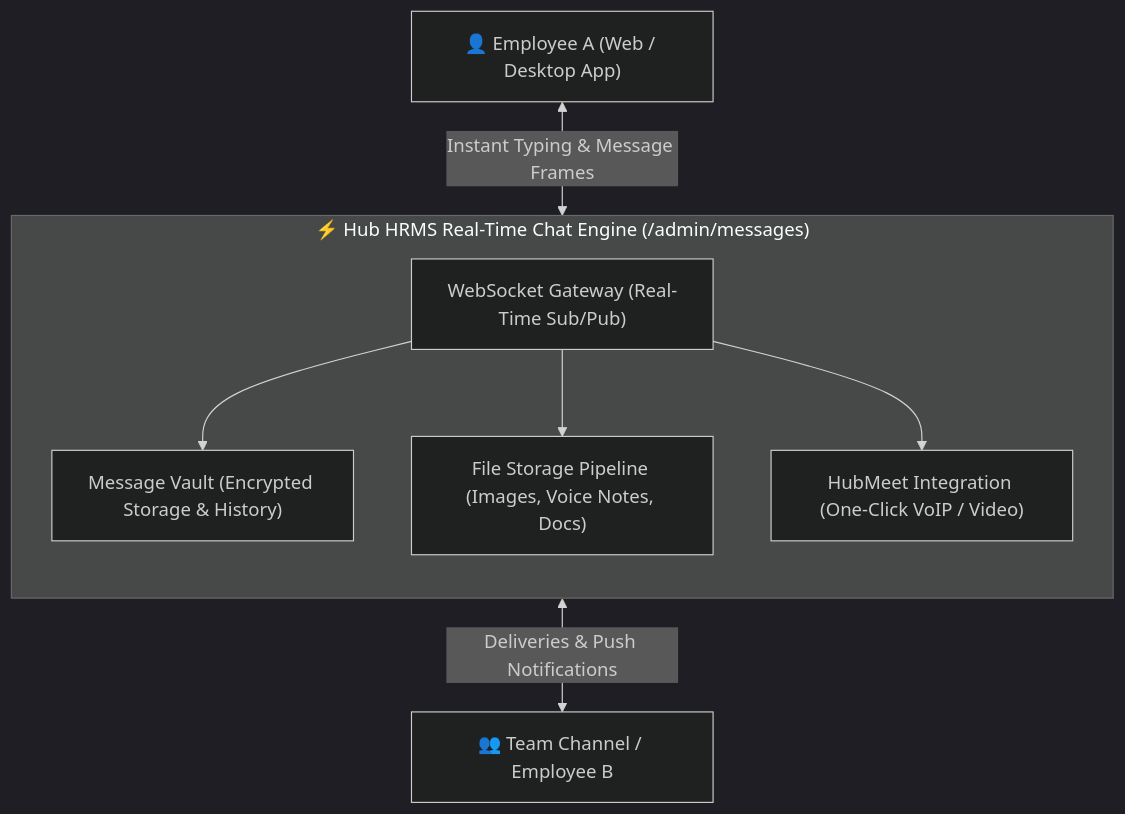
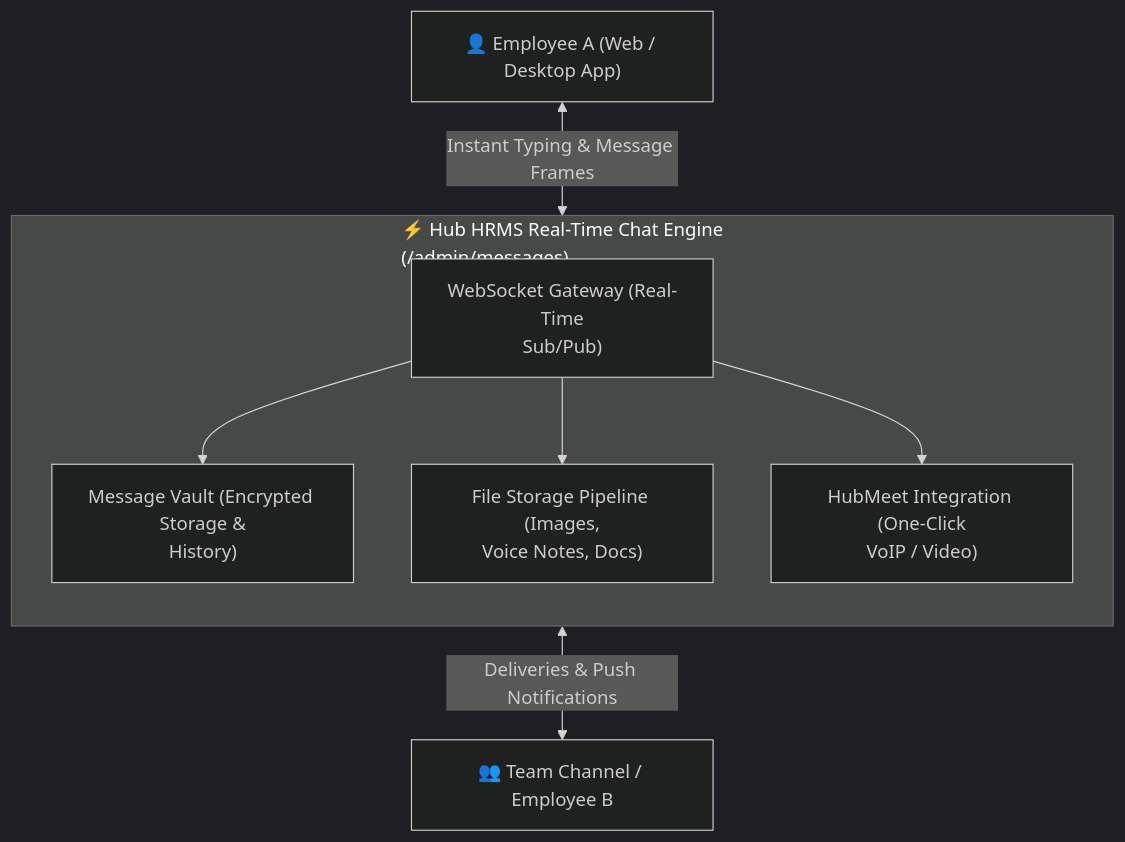
Before and after one commit to SRJ-GROUP/hubnest_user_guide: the diagram in docs/hrms/messages.md, drawn with Mermaid (dark theme). The commit also changed 161 other files, not shown here.

Commit message:
feat: complete HubMeet suite, supervisor portal docs, diagram fixes, and interactive eye-button zoom modal

````diff
--- a/docs/hrms/messages.md
+++ b/docs/hrms/messages.md
@@ -26,19 +26,19 @@
 ```mermaid
 graph TB
     ClientA["👤 Employee A (Web / Desktop App)"]
     ClientB["👥 Team Channel / Employee B"]
 
-    subgraph ChatCore["⚡ Hub HRMS Real-Time Chat Engine (/admin/messages)"]
+    subgraph ChatCore["⚡ Hub HRMS Real-Time Chat Engine<br/>(/admin/messages)"]
         direction TB
-        W1["WebSocket Gateway (Real-Time Sub/Pub)"]
-        W2["Message Vault (Encrypted Storage & History)"]
-        W3["File Storage Pipeline (Images, Voice Notes, Docs)"]
-        W4["HubMeet Integration (One-Click VoIP / Video)"]
+        W1["WebSocket Gateway (Real-Time<br/>Sub/Pub)"]
+        W2["Message Vault (Encrypted Storage &<br/>History)"]
+        W3["File Storage Pipeline (Images,<br/>Voice Notes, Docs)"]
+        W4["HubMeet Integration (One-Click<br/>VoIP / Video)"]
     end
 
     ClientA <-->|Instant Typing & Message Frames| W1
     W1 <-->|Deliveries & Push Notifications| ClientB
     W1 --> W2
     W1 --> W3
     W1 --> W4
 ```
````
